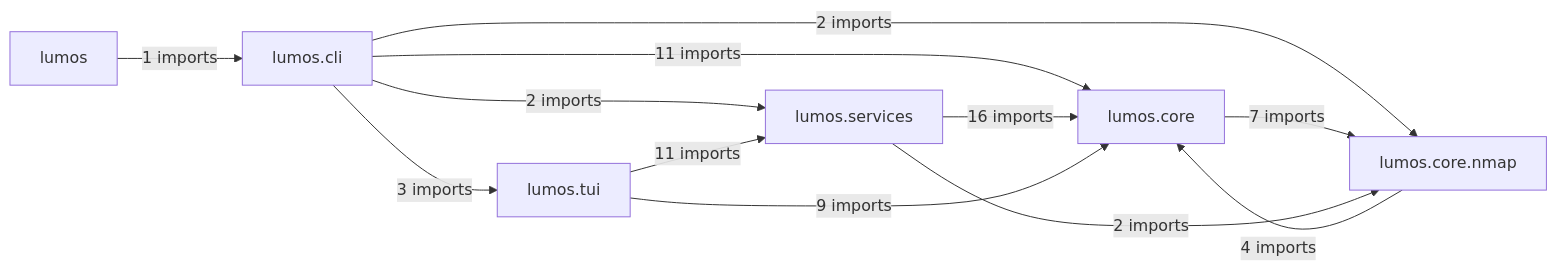
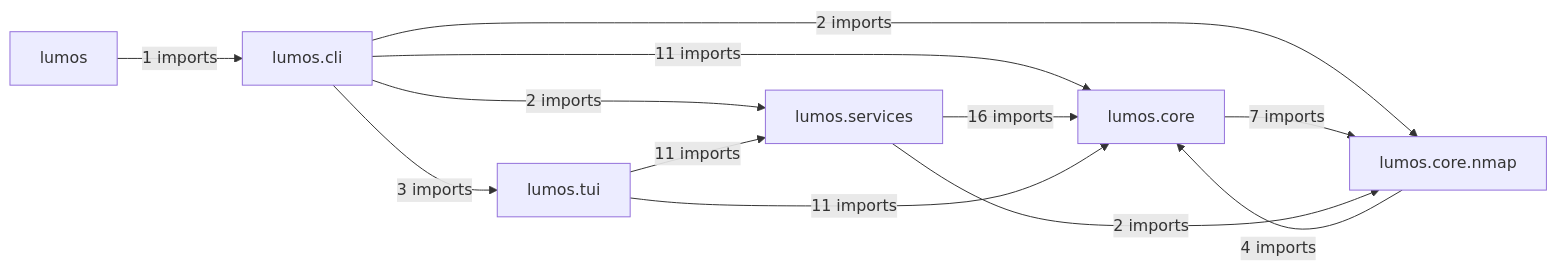
One commit to lko47/lumos changed the diagram in docs/architecture/modules.md. Above: the diagram before and after it, drawn with Mermaid. The commit also changed other lines of this file and 3 other files, not shown here.

````diff
--- a/docs/architecture/modules.md
+++ b/docs/architecture/modules.md
@@ -7,20 +7,20 @@
 ```mermaid
 flowchart LR
     P0["lumos"]
     P1["lumos.cli"]
     P2["lumos.core"]
     P3["lumos.core.nmap"]
     P4["lumos.services"]
     P5["lumos.tui"]
     P0 -->|"1 imports"| P1
     P1 -->|"11 imports"| P2
     P1 -->|"2 imports"| P3
     P1 -->|"2 imports"| P4
     P1 -->|"3 imports"| P5
     P2 -->|"7 imports"| P3
     P3 -->|"4 imports"| P2
     P4 -->|"16 imports"| P2
     P4 -->|"2 imports"| P3
-    P5 -->|"9 imports"| P2
+    P5 -->|"11 imports"| P2
     P5 -->|"11 imports"| P4
 ```
````
